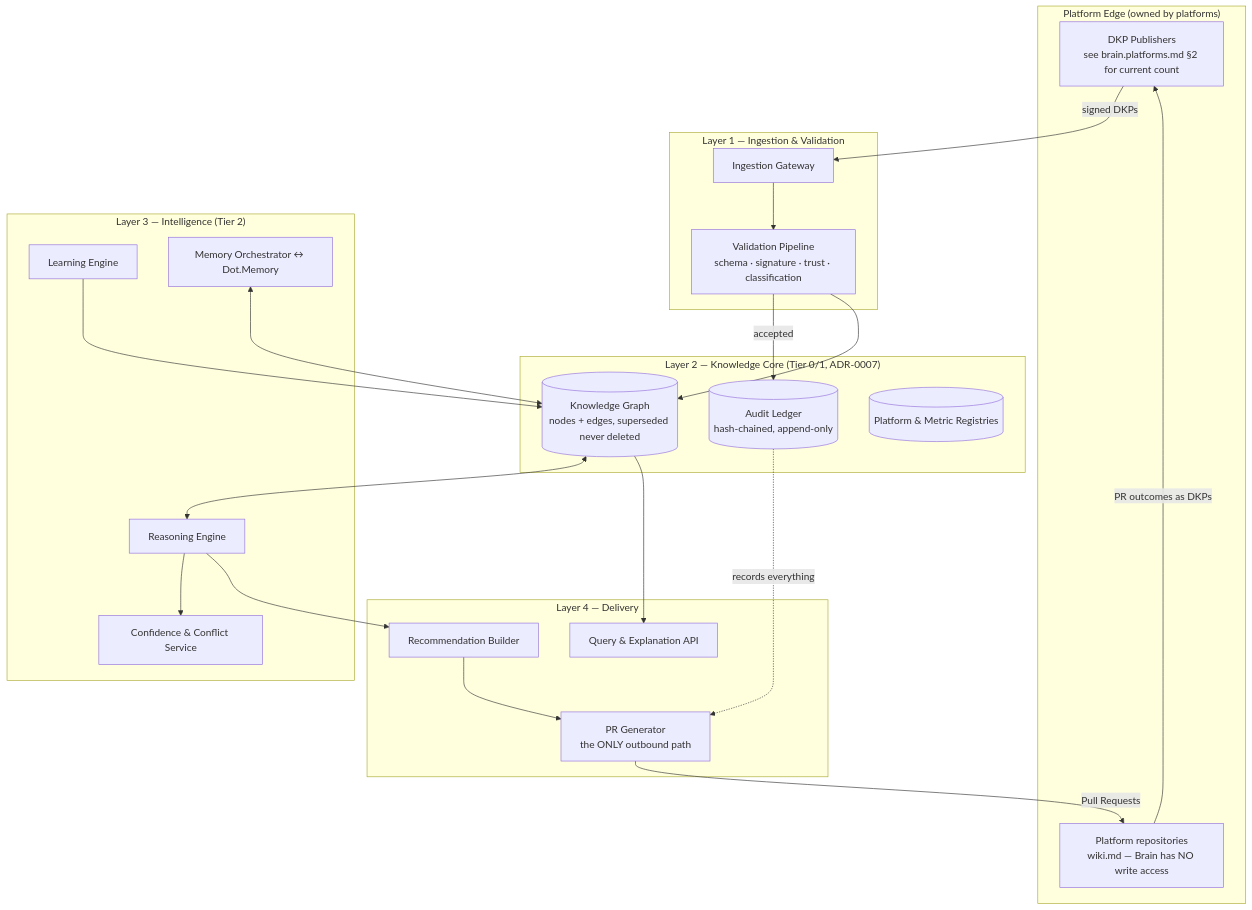
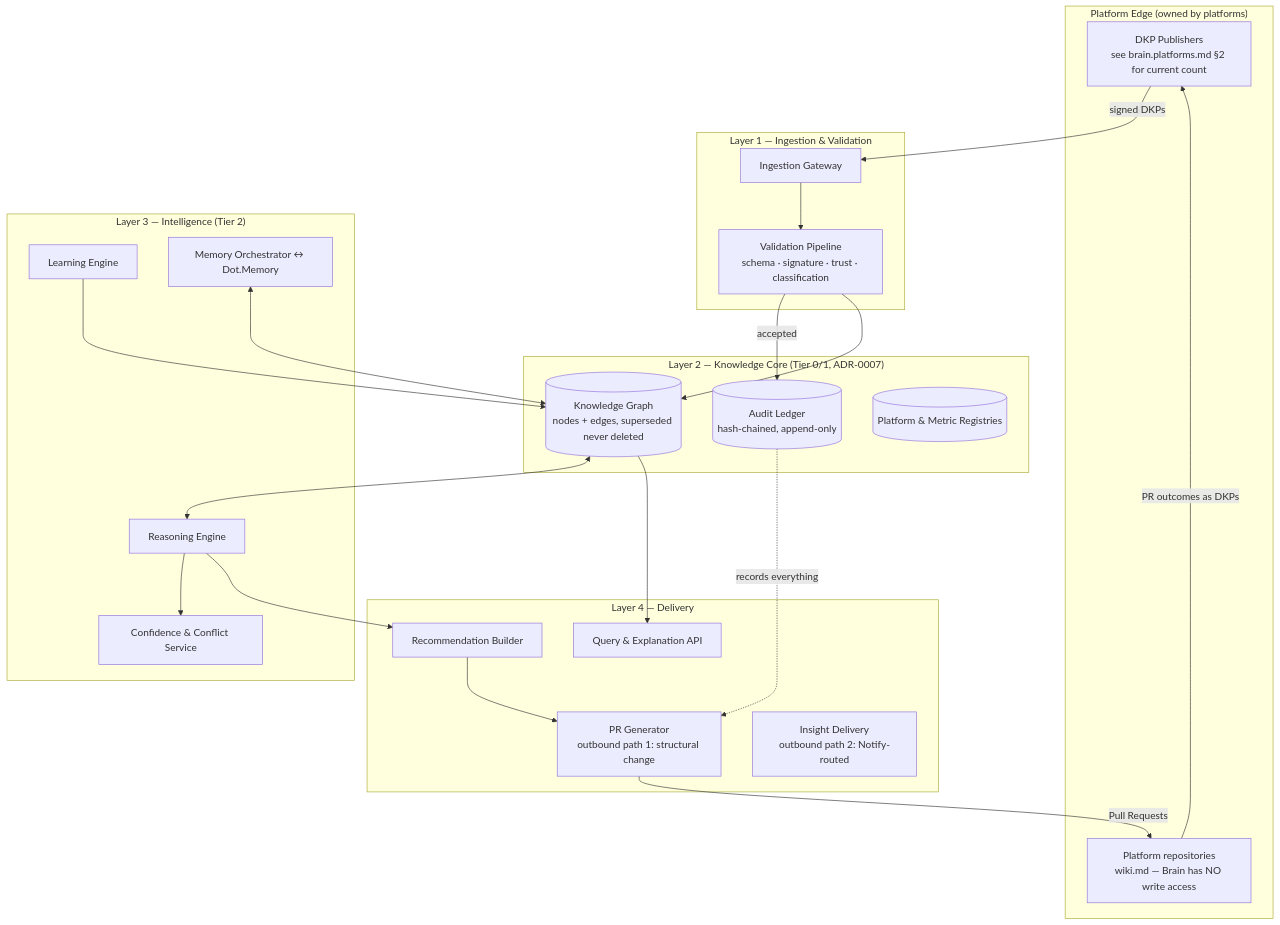
One commit to sakhilebhayi/Dot.Brain changed the first of 2 diagrams in brain.architecture.md. Above: the diagram before and after it, drawn with Mermaid. The commit also changed other lines of this file, not shown here.

Commit message:
docs(brain.architecture): document the second outbound path (Insight Delivery)

````diff
--- a/brain.architecture.md
+++ b/brain.architecture.md
@@ -31,38 +31,39 @@
 ```mermaid
 graph TB
     subgraph P["Platform Edge (owned by platforms)"]
         PUB[DKP Publishers<br/>see brain.platforms.md §2 for current count]
         REPOS[Platform repositories<br/>wiki.md — Brain has NO write access]
     end
     subgraph L1["Layer 1 — Ingestion & Validation"]
         GW[Ingestion Gateway]
         VAL[Validation Pipeline<br/>schema · signature · trust · classification]
     end
     subgraph L2["Layer 2 — Knowledge Core (Tier 0/1, ADR-0007)"]
         LEDGER[(Audit Ledger<br/>hash-chained, append-only)]
         GRAPH[(Knowledge Graph<br/>nodes + edges, superseded never deleted)]
         REG[(Platform & Metric Registries)]
     end
     subgraph L3["Layer 3 — Intelligence (Tier 2)"]
         REASON[Reasoning Engine]
         LEARN[Learning Engine]
         MEM[Memory Orchestrator ↔ Dot.Memory]
         CONF[Confidence & Conflict Service]
     end
     subgraph L4["Layer 4 — Delivery"]
         REC[Recommendation Builder]
-        PRGEN[PR Generator<br/>the ONLY outbound path]
+        PRGEN[PR Generator<br/>outbound path 1: structural change]
+        INSDEL[Insight Delivery<br/>outbound path 2: Notify-routed]
         QUERY[Query & Explanation API]
     end
     PUB -->|signed DKPs| GW --> VAL
     VAL -->|accepted| LEDGER
     VAL --> GRAPH
     GRAPH <--> REASON
     REASON --> CONF
     LEARN --> GRAPH
     MEM <--> GRAPH
     REASON --> REC --> PRGEN -->|Pull Requests| REPOS
     REPOS -->|PR outcomes as DKPs| PUB
     GRAPH --> QUERY
     LEDGER -.records everything.-> PRGEN
 ```
````
